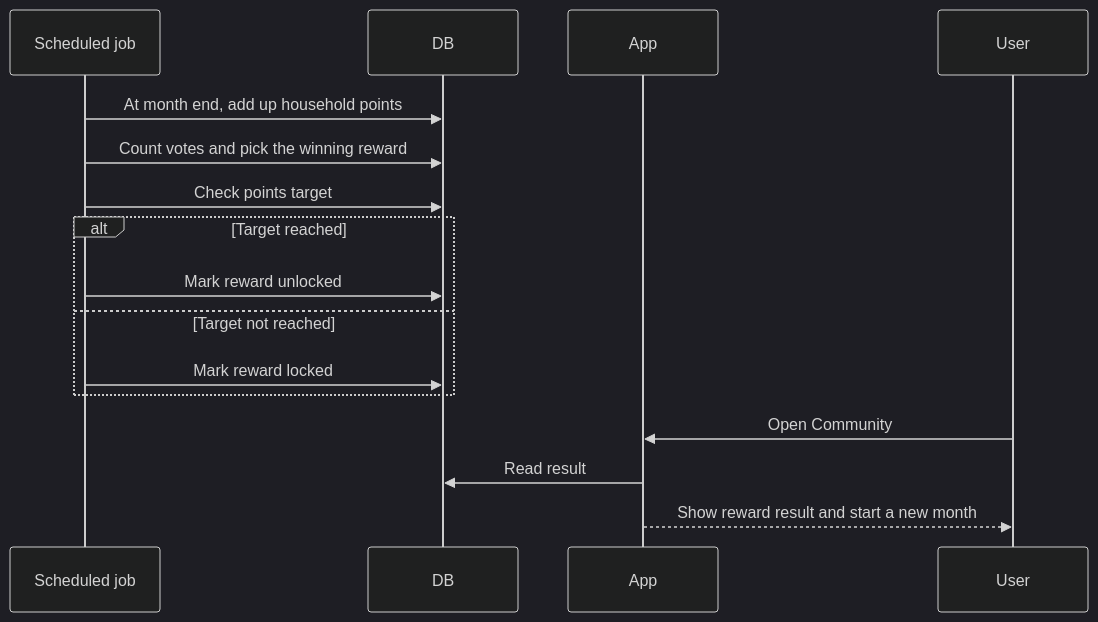
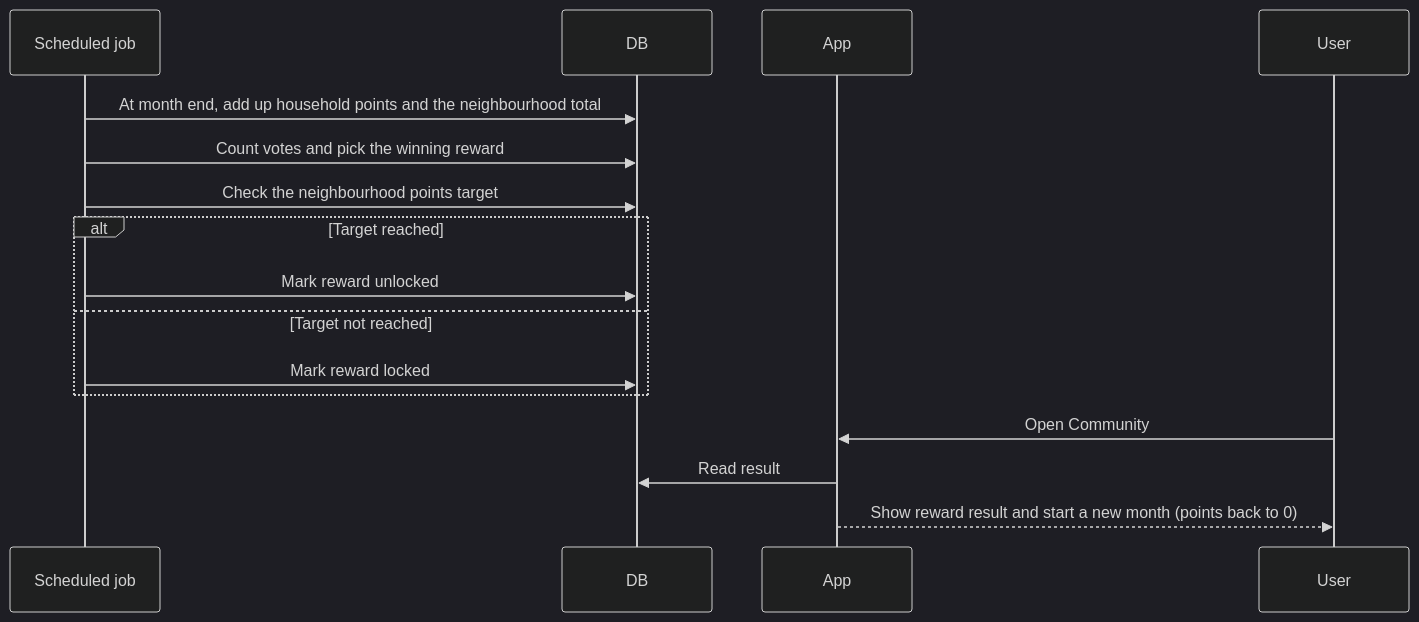
Diagram 14 of 15 in docs/Workflow.md (HONGJIABAO/Simeplify), drawn with Mermaid (dark theme) before and after one commit. The commit also changed other lines of this file and 10 other files, not shown here.

````diff
--- a/docs/Workflow.md
+++ b/docs/Workflow.md
@@ -477,19 +520,19 @@
 ```mermaid
 sequenceDiagram
     participant Job as Scheduled job
     participant DB
     participant App
     participant User
 
-    Job->>DB: At month end, add up household points
+    Job->>DB: At month end, add up household points and the neighbourhood total
     Job->>DB: Count votes and pick the winning reward
-    Job->>DB: Check points target
+    Job->>DB: Check the neighbourhood points target
     alt Target reached
         Job->>DB: Mark reward unlocked
     else Target not reached
         Job->>DB: Mark reward locked
     end
     User->>App: Open Community
     App->>DB: Read result
-    App-->>User: Show reward result and start a new month
+    App-->>User: Show reward result and start a new month (points back to 0)
 ```
````
